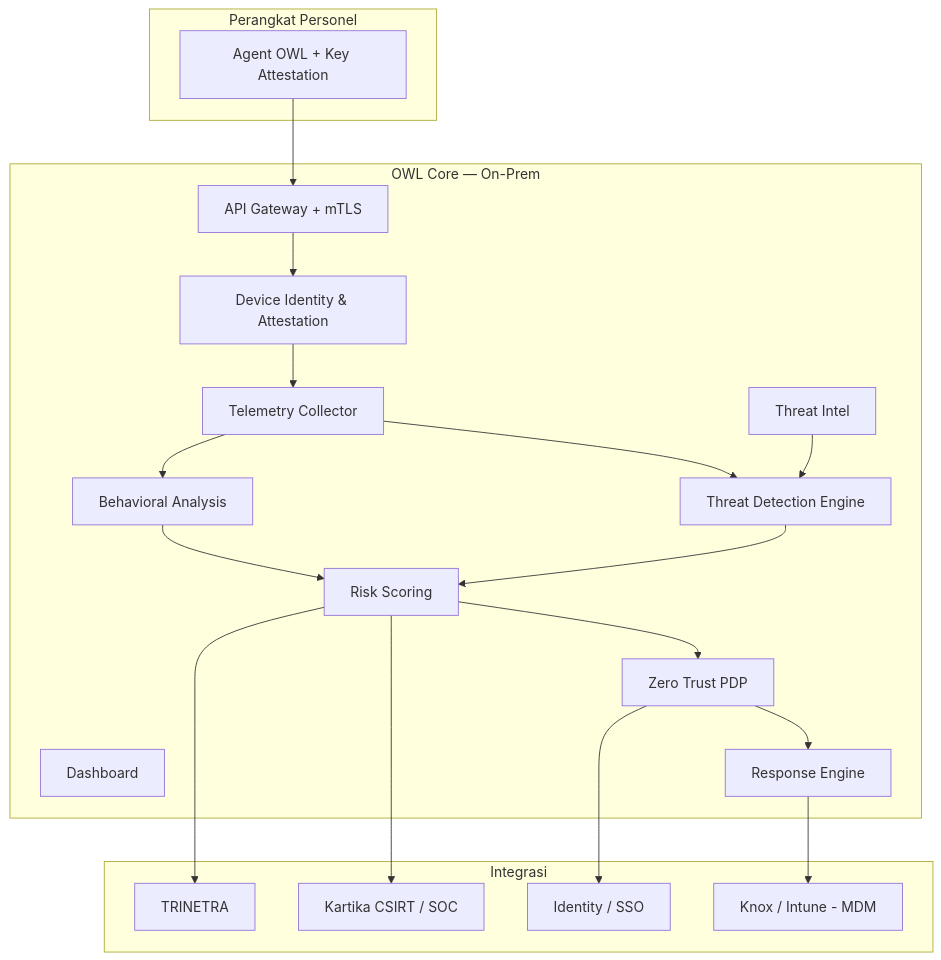
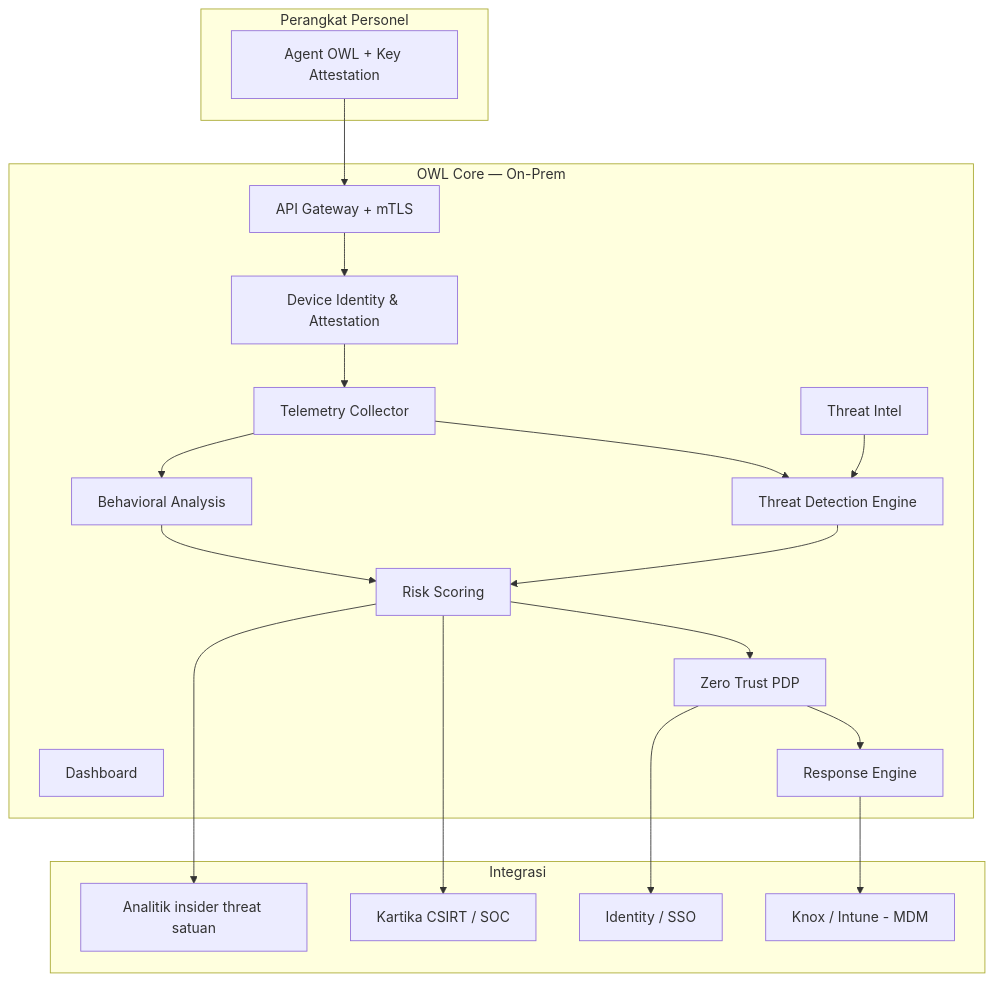
Before and after one commit to FachrulAli/OWL: the diagram in docs/OWL-deepdive.md, drawn with Mermaid. The commit also changed other lines of this file and 4 other files, not shown here.

````diff
--- a/docs/OWL-deepdive.md
+++ b/docs/OWL-deepdive.md
@@ -244,34 +244,34 @@
 ```mermaid
 flowchart TB
     subgraph ED["Perangkat Personel"]
         AG[Agent OWL + Key Attestation]
     end
     subgraph CORE["OWL Core — On-Prem"]
         GW[API Gateway + mTLS]
         ID[Device Identity & Attestation]
         TC[Telemetry Collector]
         TDE[Threat Detection Engine]
         BAE[Behavioral Analysis]
         RSE[Risk Scoring]
         PDP[Zero Trust PDP]
         DASH[Dashboard]
         ARE[Response Engine]
         TI[Threat Intel]
     end
     subgraph EXT["Integrasi"]
         MDM[Knox / Intune - MDM]
         CS[Kartika CSIRT / SOC]
-        TR[TRINETRA]
+        TR[Analitik insider threat satuan]
         IAM[Identity / SSO]
     end
     AG --> GW --> ID --> TC
     TC --> TDE --> RSE
     TC --> BAE --> RSE
     RSE --> PDP
     PDP --> ARE
     PDP --> IAM
     ARE --> MDM
     RSE --> CS
     RSE --> TR
     TI --> TDE
 ```
````
